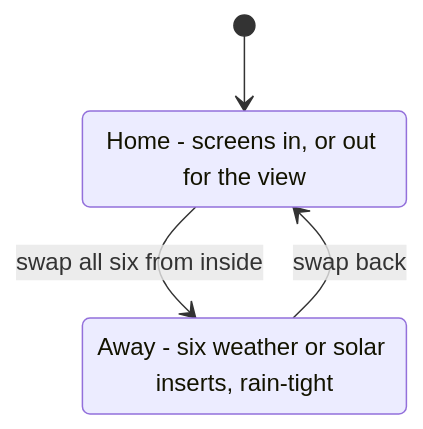
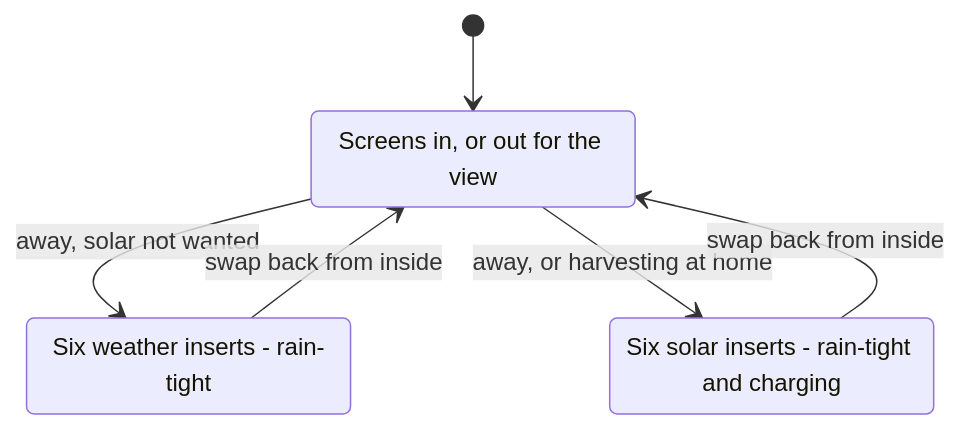
Before and after one commit to wbniv/WorldFoundry: the third of 3 diagrams in docs/plans/2026-11-09-condo-639-balcony-screen-frame.md, drawn with Mermaid. The commit also changed other lines of this file and 1 other file, not shown here.

Commit message:
Balcony screen frame: solar inserts also go in to harvest power at home
Will (2026-11-11): the solar set goes in whenever he would rather harvest
power than have the view, not only while away. Updates the power use,
payback reading, power diagram and panel-set state diagram.

Claude-Session: https://claude.ai/code/session_01YEenqRTjYzU5APTKovfevg

````diff
--- a/docs/plans/2026-11-09-condo-639-balcony-screen-frame.md
+++ b/docs/plans/2026-11-09-condo-639-balcony-screen-frame.md
@@ -168,8 +168,11 @@
 ```mermaid
 stateDiagram-v2
-  [*] --> Home
-  Home: Home - screens in, or out for the view
-  Away: Away - six weather or solar inserts, rain-tight
-  Home --> Away: swap all six from inside
-  Away --> Home: swap back
+  [*] --> View
+  View: Screens in, or out for the view
+  Sealed: Six weather inserts - rain-tight
+  Solar: Six solar inserts - rain-tight and charging
+  View --> Sealed: away, solar not wanted
+  View --> Solar: away, or harvesting at home
+  Sealed --> View: swap back from inside
+  Solar --> View: swap back from inside
 ```
````
